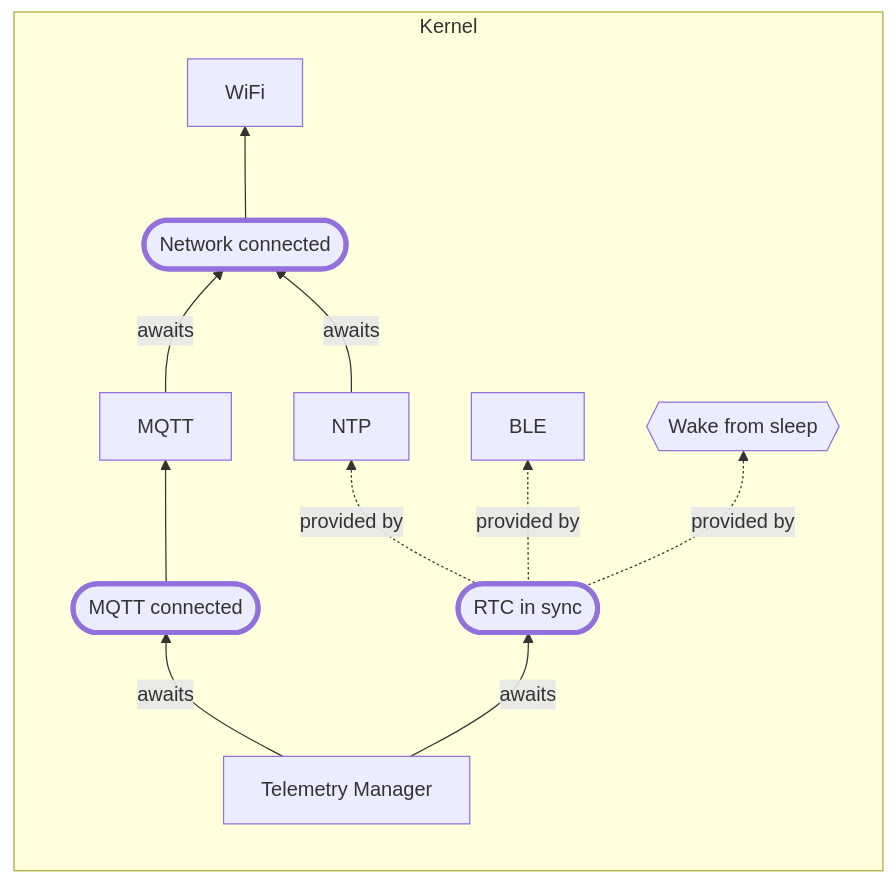
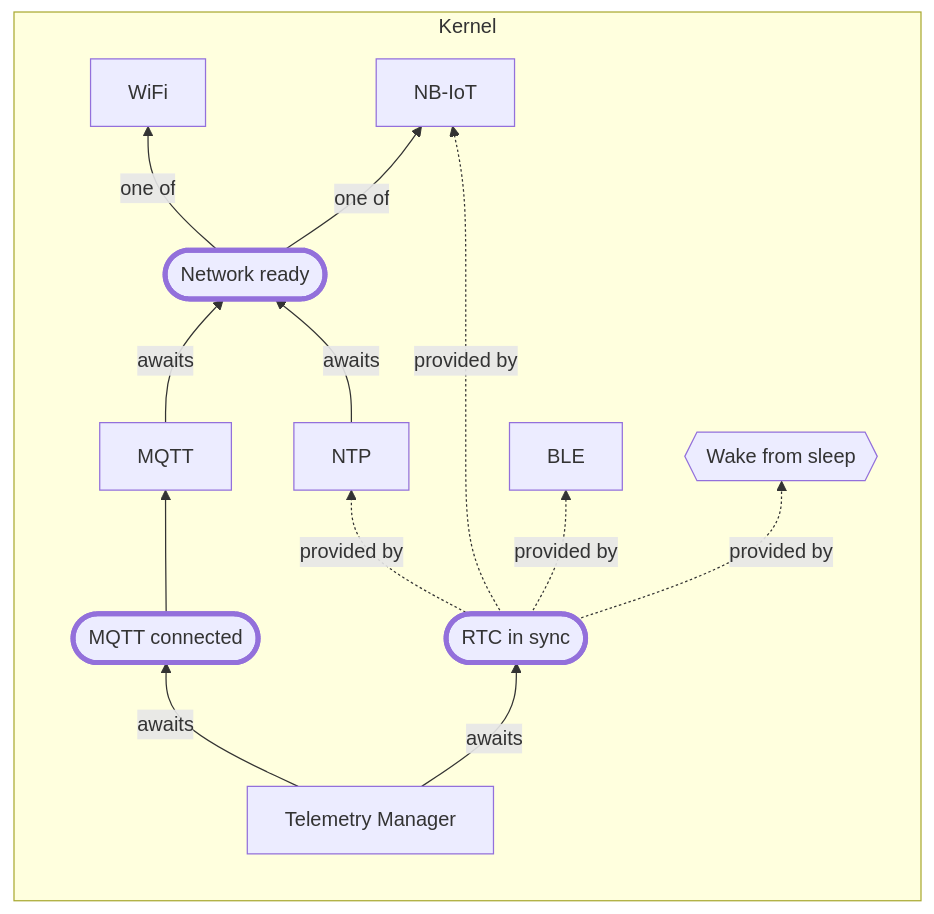
Before and after one commit to cornucopia-machines/ugly-duckling-firmware: the first of 2 diagrams in docs/Architecture.md, drawn with Mermaid. The commit also changed other lines of this file and 3 other files, not shown here.

````diff
--- a/docs/Architecture.md
+++ b/docs/Architecture.md
@@ -25,27 +25,30 @@
 ```mermaid
 graph BT
     subgraph Kernel
         direction BT
         BLE
         WiFi
-        NetworkConnected(["Network connected"])
-            style NetworkConnected stroke-width:4
+        NBIoT["NB-IoT"]
+        NetworkReady(["Network ready"])
+            style NetworkReady stroke-width:4
         NTP
         RTCInSync(["RTC in sync"])
             style RTCInSync stroke-width:4
         MQTT
         MQTTConnected(["MQTT connected"])
             style MQTTConnected stroke-width:4
         TelemetryManager["Telemetry Manager"]
 
-        NetworkConnected --> WiFi
-        MQTT -->|awaits| NetworkConnected
+        NetworkReady -->|one of| WiFi
+        NetworkReady -->|one of| NBIoT
+        MQTT -->|awaits| NetworkReady
         MQTTConnected --> MQTT
-        NTP -->|awaits| NetworkConnected
+        NTP -->|awaits| NetworkReady
         RTCInSync -.->|provided by| NTP
+        RTCInSync -.->|provided by| NBIoT
         RTCInSync -.->|provided by| BLE
         RTCInSync -.->|provided by| PreBoot{{"Wake from sleep"}}
         TelemetryManager -->|awaits| MQTTConnected
         TelemetryManager -->|awaits| RTCInSync
     end
 ```
````
